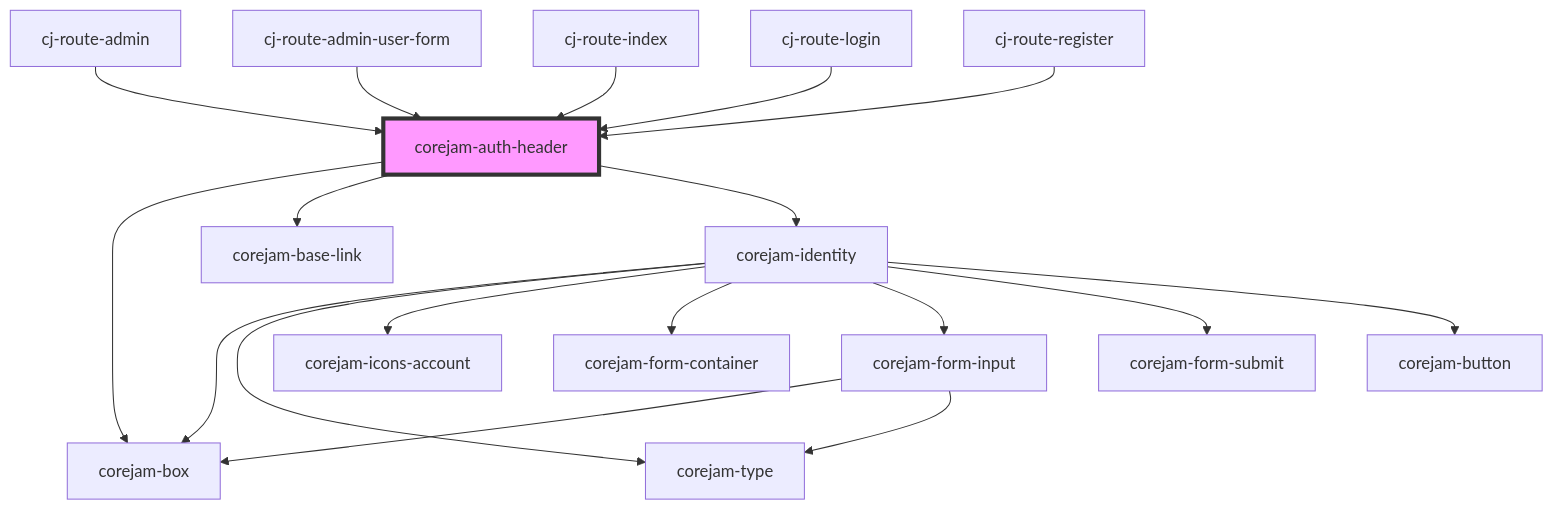
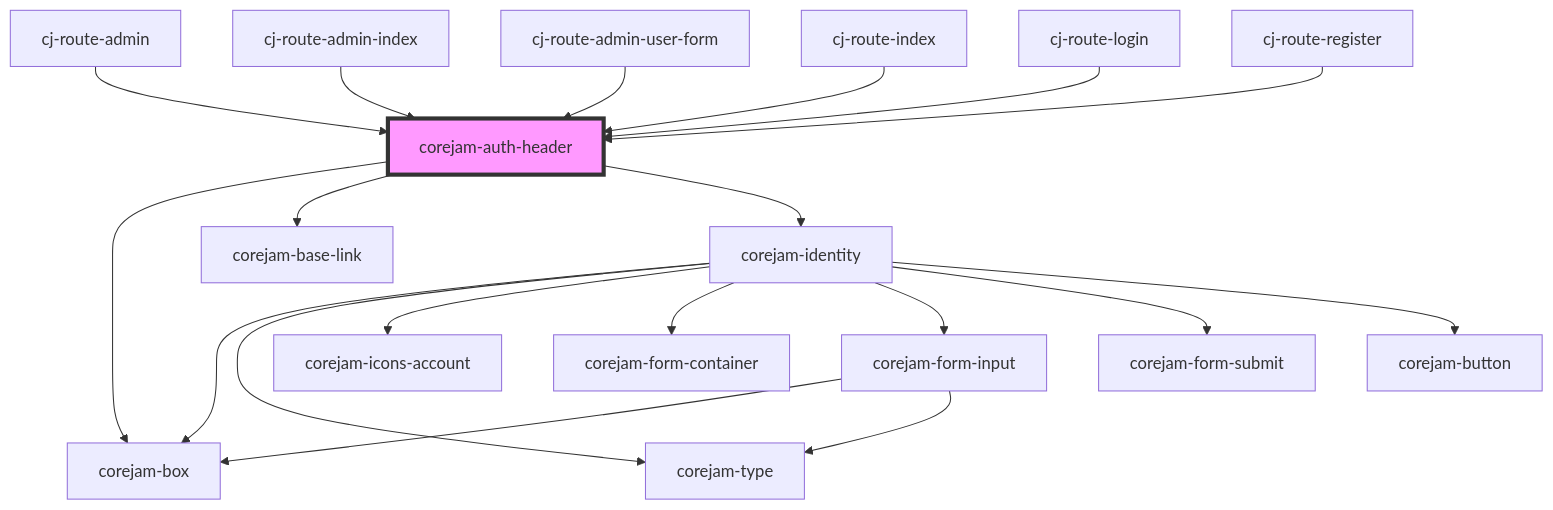
One commit to corejam/corejam changed the diagram in packages/plugins/auth/app/components/Header/readme.md. Above: the diagram before and after it, drawn with Mermaid. The commit also changed other lines of this file and 31 other files, not shown here.

````diff
--- a/packages/plugins/auth/app/components/Header/readme.md
+++ b/packages/plugins/auth/app/components/Header/readme.md
@@ -25,21 +26,22 @@
 ```mermaid
 graph TD;
   corejam-auth-header --> corejam-box
   corejam-auth-header --> corejam-base-link
   corejam-auth-header --> corejam-identity
   corejam-identity --> corejam-box
   corejam-identity --> corejam-type
   corejam-identity --> corejam-icons-account
   corejam-identity --> corejam-form-container
   corejam-identity --> corejam-form-input
   corejam-identity --> corejam-form-submit
   corejam-identity --> corejam-button
   corejam-form-input --> corejam-box
   corejam-form-input --> corejam-type
   cj-route-admin --> corejam-auth-header
+  cj-route-admin-index --> corejam-auth-header
   cj-route-admin-user-form --> corejam-auth-header
   cj-route-index --> corejam-auth-header
   cj-route-login --> corejam-auth-header
   cj-route-register --> corejam-auth-header
   style corejam-auth-header fill:#f9f,stroke:#333,stroke-width:4px
 ```
````
